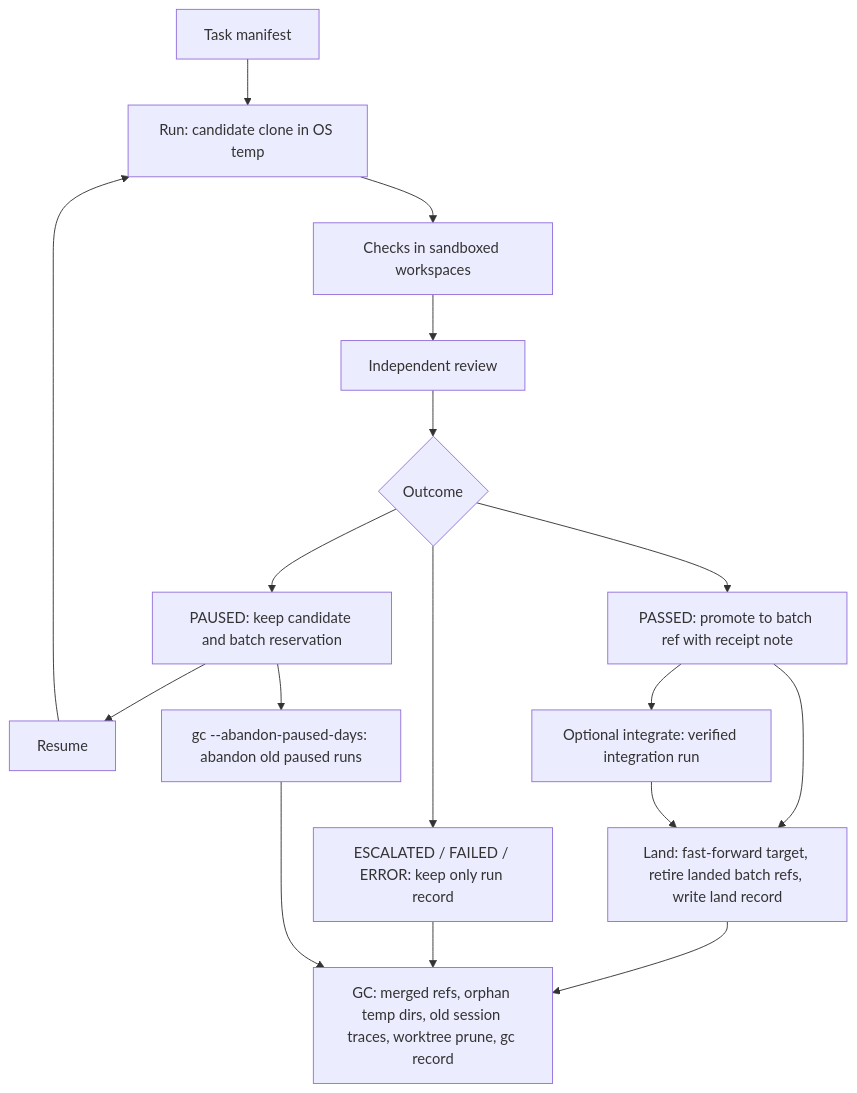
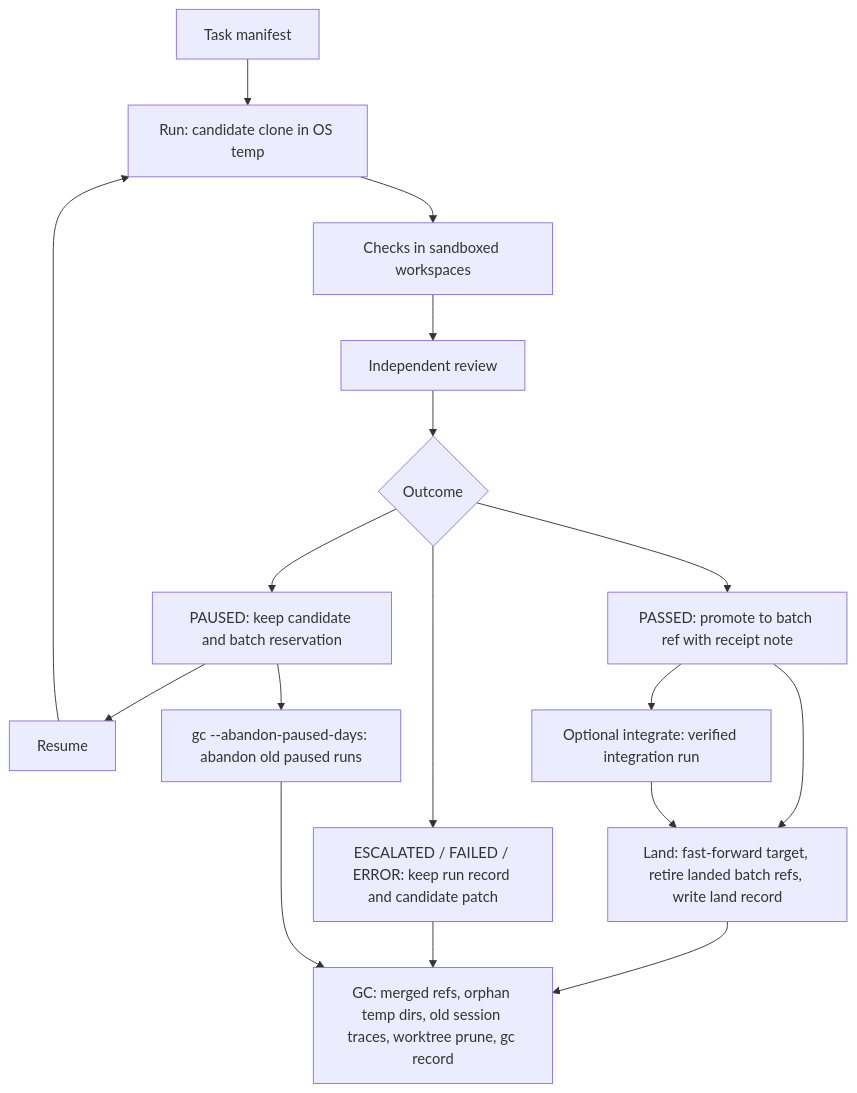
The diagram in docs/operations.md (diegomadriz/apocha), drawn with Mermaid before and after one commit. The commit also changed other lines of this file and 5 other files, not shown here.

Commit message:
Keep the final candidate of every finished run as a patch

````diff
--- a/docs/operations.md
+++ b/docs/operations.md
@@ -5,19 +5,19 @@
 ```mermaid
 flowchart TD
     task["Task manifest"] --> run["Run: candidate clone in OS temp"]
     run --> checks["Checks in sandboxed workspaces"]
     checks --> review["Independent review"]
     review --> outcome{"Outcome"}
     outcome --> passed["PASSED: promote to batch ref with receipt note"]
-    outcome --> stopped["ESCALATED / FAILED / ERROR: keep only run record"]
+    outcome --> stopped["ESCALATED / FAILED / ERROR: keep run record and candidate patch"]
     outcome --> paused["PAUSED: keep candidate and batch reservation"]
     paused --> resume["Resume"]
     resume --> run
     paused --> abandon["gc --abandon-paused-days: abandon old paused runs"]
     passed --> integrate["Optional integrate: verified integration run"]
     passed --> land["Land: fast-forward target, retire landed batch refs, write land record"]
     integrate --> land
     land --> gc["GC: merged refs, orphan temp dirs, old session traces, worktree prune, gc record"]
     stopped --> gc
     abandon --> gc
 ```
````
